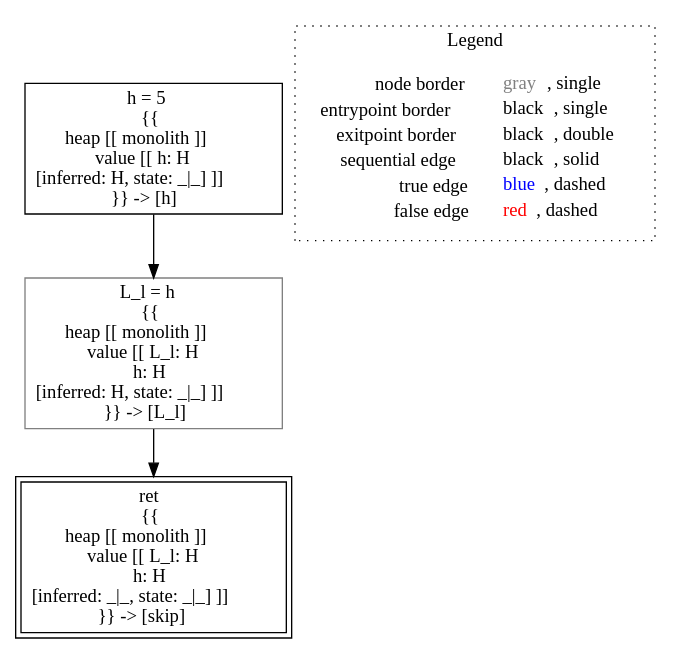
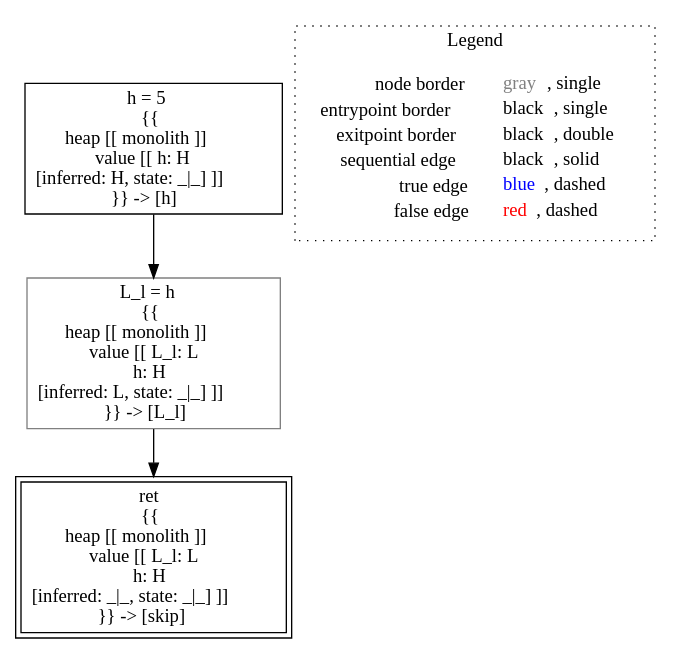
One commit to lisa-analyzer/lisa changed the diagram in lisa/imp-testcases/non-interference/type-system/analysis___untyped_Test.lecture_5_1(Test_this).dot. Above: the diagram before and after it, drawn with Graphviz. The commit also changed 12 other files, not shown here.

```diff
--- a/lisa/imp-testcases/non-interference/type-system/analysis___untyped_Test.lecture_5_1(Test_this).dot
+++ b/lisa/imp-testcases/non-interference/type-system/analysis___untyped_Test.lecture_5_1(Test_this).dot
@@ -1,14 +1,14 @@
 digraph {
 	"node0" [shape="rect",color="black",label=<h = 5<BR/>{{<BR/>heap [[ monolith ]]<BR/>value [[ h: H<BR/>[inferred: H, state: _|_] ]]<BR/>}} -&gt; [h]>];
-	"node1" [shape="rect",color="gray",label=<L_l = h<BR/>{{<BR/>heap [[ monolith ]]<BR/>value [[ L_l: H<BR/>h: H<BR/>[inferred: H, state: _|_] ]]<BR/>}} -&gt; [L_l]>];
-	"node2" [shape="rect",color="black",peripheries="2",label=<ret<BR/>{{<BR/>heap [[ monolith ]]<BR/>value [[ L_l: H<BR/>h: H<BR/>[inferred: _|_, state: _|_] ]]<BR/>}} -&gt; [skip]>];
-	"node1" -> "node2" [color="black"];
-	"node0" -> "node1" [color="black"];
+	"node1" [shape="rect",color="black",peripheries="2",label=<ret<BR/>{{<BR/>heap [[ monolith ]]<BR/>value [[ L_l: L<BR/>h: H<BR/>[inferred: _|_, state: _|_] ]]<BR/>}} -&gt; [skip]>];
+	"node2" [shape="rect",color="gray",label=<L_l = h<BR/>{{<BR/>heap [[ monolith ]]<BR/>value [[ L_l: L<BR/>h: H<BR/>[inferred: L, state: _|_] ]]<BR/>}} -&gt; [L_l]>];
+	"node2" -> "node1" [color="black"];
+	"node0" -> "node2" [color="black"];
 subgraph cluster_legend {
 	label="Legend";
 	style=dotted;
 	node [shape=plaintext];
 	"legend" [label=<<table border="0" cellpadding="2" cellspacing="0" cellborder="0"><tr><td align="right">node border&nbsp;</td><td align="left"><font color="gray">gray</font>, single</td></tr><tr><td align="right">entrypoint border&nbsp;</td><td align="left"><font color="black">black</font>, single</td></tr><tr><td align="right">exitpoint border&nbsp;</td><td align="left"><font color="black">black</font>, double</td></tr><tr><td align="right">sequential edge&nbsp;</td><td align="left"><font color="black">black</font>, solid</td></tr><tr><td align="right">true edge&nbsp;</td><td align="left"><font color="blue">blue</font>, dashed</td></tr><tr><td align="right">false edge&nbsp;</td><td align="left"><font color="red">red</font>, dashed</td></tr></table>>];
 }
 
 }
```
